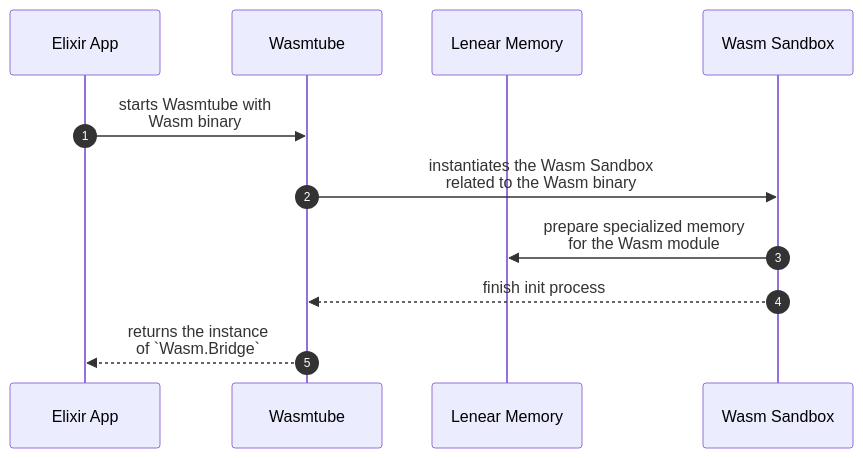
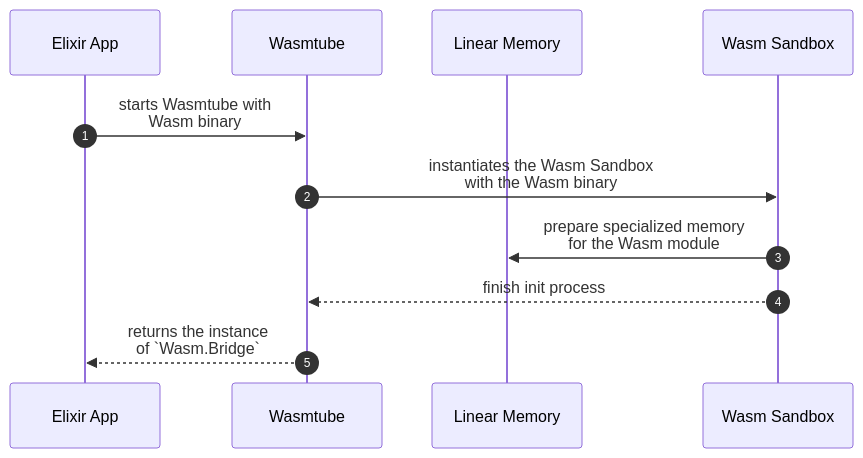
One commit to kentaro/wasmtube changed the first of 3 diagrams in README.md. Above: the diagram before and after it, drawn with Mermaid. The commit also changed other lines of this file, not shown here.

````diff
--- a/README.md
+++ b/README.md
@@ -53,15 +53,15 @@
 ```mermaid
 sequenceDiagram
   autonumber
 
   participant Elixir App
   participant Wasmtube
-  participant Lenear Memory
+  participant Linear Memory
   participant Wasm Sandbox
 
   Elixir App ->> Wasmtube: starts Wasmtube with <br> Wasm binary
-  Wasmtube ->> Wasm Sandbox: instantiates the Wasm Sandbox <br> related to the Wasm binary
-  Wasm Sandbox ->> Lenear Memory: prepare specialized memory <br> for the Wasm module
+  Wasmtube ->> Wasm Sandbox: instantiates the Wasm Sandbox <br> with the Wasm binary
+  Wasm Sandbox ->> Linear Memory: prepare specialized memory <br> for the Wasm module
   Wasm Sandbox -->> Wasmtube: finish init process
   Wasmtube -->> Elixir App: returns the instance <br> of `Wasm.Bridge`
 ```
````
